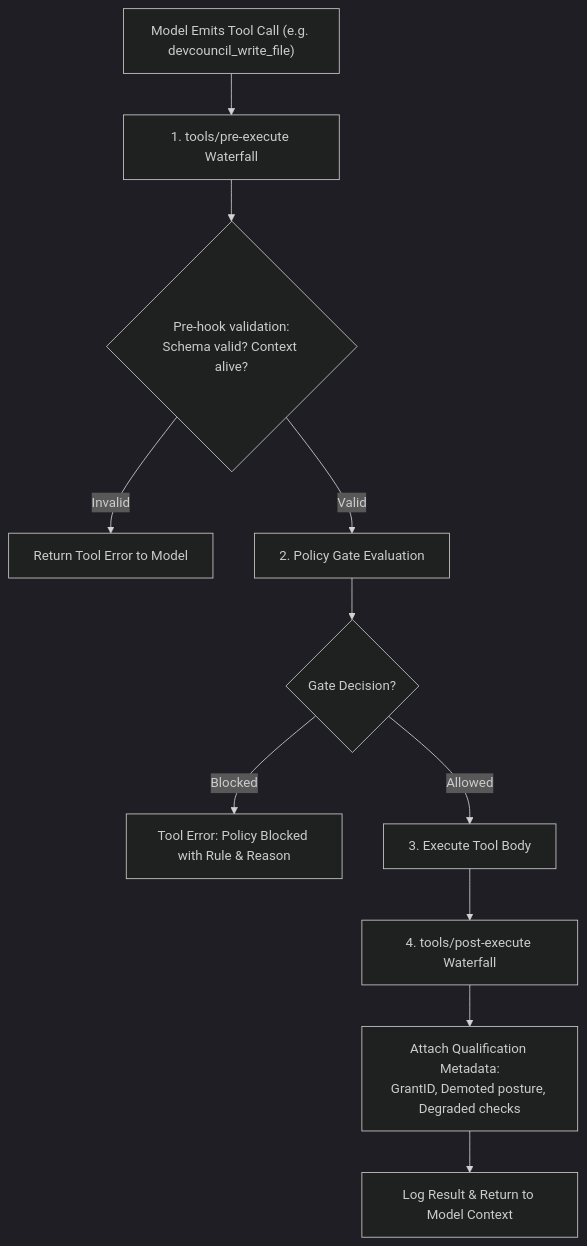
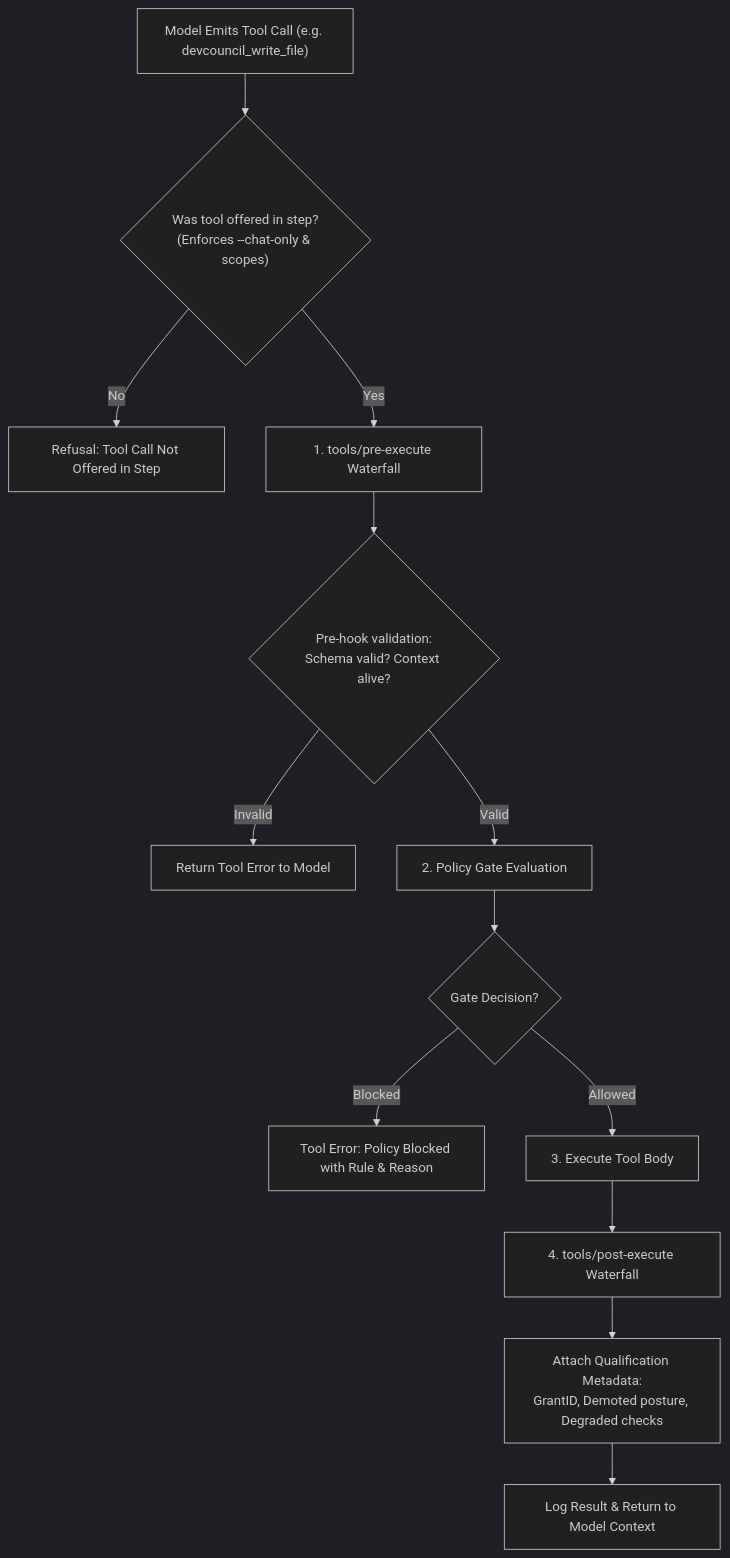
One commit to bharathvbcr/Manvi changed the second of 6 diagrams in docs/AGENT_AND_TURN_LIFECYCLE.md. Above: the diagram before and after it, drawn with Mermaid (dark theme). The commit also changed other lines of this file and 9 other files, not shown here.

````diff
--- a/docs/AGENT_AND_TURN_LIFECYCLE.md
+++ b/docs/AGENT_AND_TURN_LIFECYCLE.md
@@ -126,16 +139,18 @@
 ```mermaid
 flowchart TD
-    ToolCall["Model Emits Tool Call (e.g. devcouncil_write_file)"] --> PreExec["1. tools/pre-execute Waterfall"]
+    ToolCall["Model Emits Tool Call (e.g. devcouncil_write_file)"] --> OfferCheck{"Was tool offered in step?<br/>(Enforces --chat-only & scopes)"}
+    OfferCheck -- No --> OfferError["Refusal: Tool Call Not Offered in Step"]
+    OfferCheck -- Yes --> PreExec["1. tools/pre-execute Waterfall"]
     PreExec --> PreHookCheck{"Pre-hook validation:<br/>Schema valid? Context alive?"}
     
     PreHookCheck -- Invalid --> PreError["Return Tool Error to Model"]
     PreHookCheck -- Valid --> GateCheck["2. Policy Gate Evaluation"]
     
     GateCheck --> DecisionTree{"Gate Decision?"}
     DecisionTree -- Blocked --> BlockResult["Tool Error: Policy Blocked with Rule & Reason"]
     DecisionTree -- Allowed --> BodyExec["3. Execute Tool Body"]
     
     BodyExec --> PostExec["4. tools/post-execute Waterfall"]
     PostExec --> AttachMetadata["Attach Qualification Metadata:<br/>GrantID, Demoted posture, Degraded checks"]
     AttachMetadata --> ResultSink["Log Result & Return to Model Context"]
 ```
````
